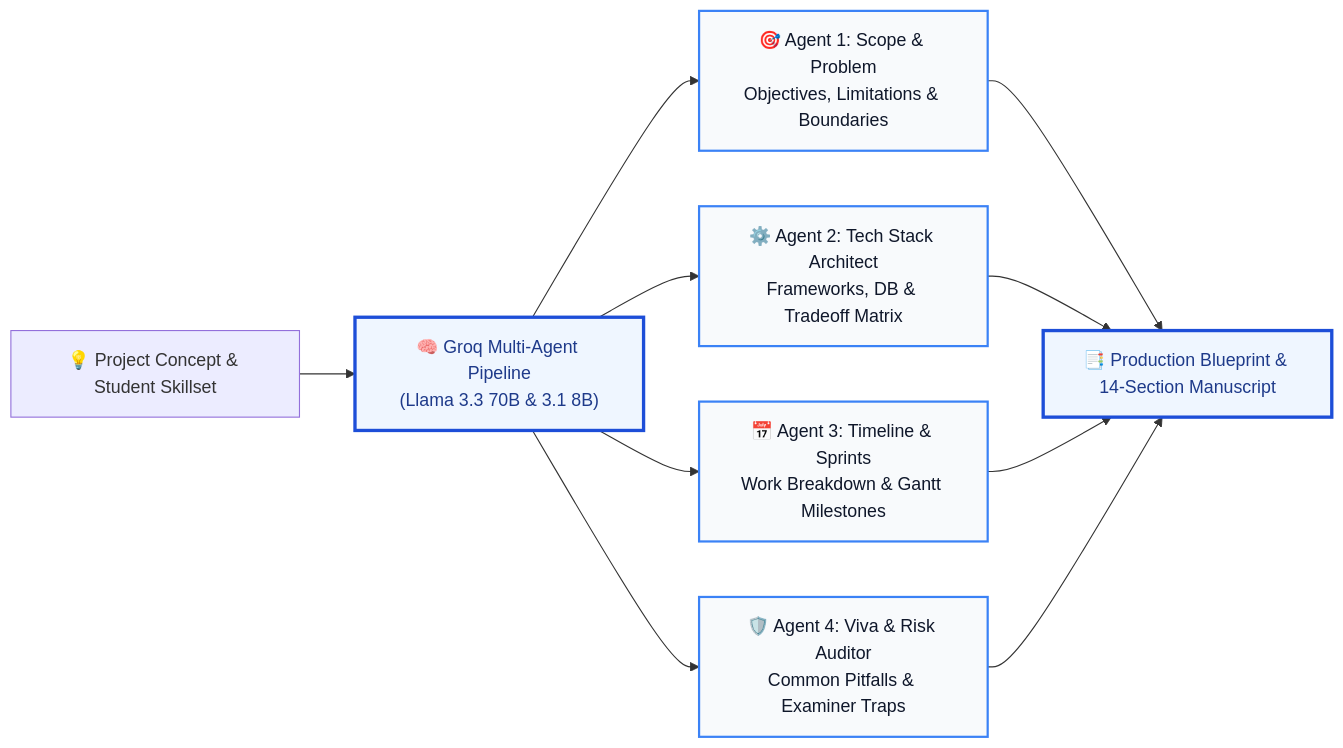
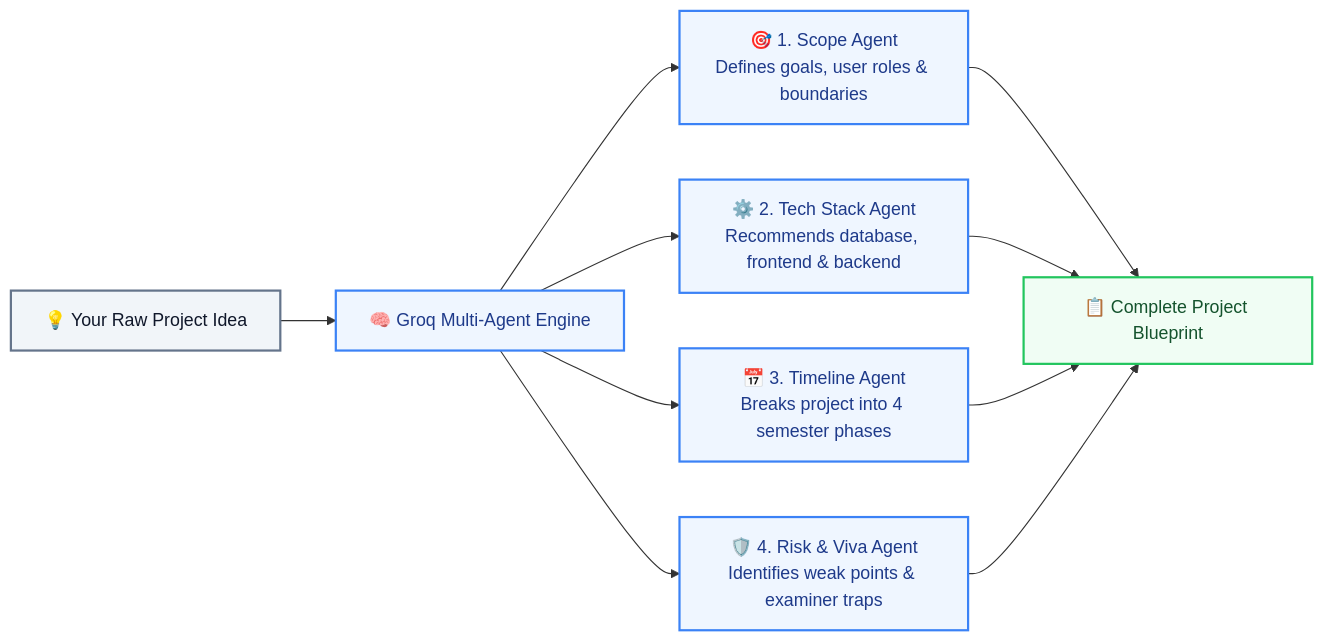
The second of 2 diagrams in README.md (marisa-mmm/AI-Project-Mentor), drawn with Mermaid before and after one commit. The commit also changed other lines of this file, not shown here.

Commit message:
Update project functionality

````diff
--- a/README.md
+++ b/README.md
@@ -83,14 +81,15 @@
 ```mermaid
 flowchart LR
-    classDef agent fill:#f8fafc,stroke:#3b82f6,stroke-width:2px,color:#0f172a;
-    classDef core fill:#eff6ff,stroke:#1d4ed8,stroke-width:3px,color:#1e3a8a;
+    classDef input fill:#f1f5f9,stroke:#64748b,stroke-width:2px,color:#0f172a;
+    classDef agent fill:#eff6ff,stroke:#3b82f6,stroke-width:2px,color:#1e3a8a;
+    classDef out fill:#f0fdf4,stroke:#22c55e,stroke-width:2px,color:#14532d;
 
-    Input["💡 Project Concept & Student Skillset"] --> Core["🧠 Groq Multi-Agent Pipeline<br/>(Llama 3.3 70B & 3.1 8B)"]:::core
+    In["💡 Your Raw Project Idea"]:::input --> Engine["🧠 Groq Multi-Agent Engine"]:::agent
     
-    Core --> Ag1["🎯 Agent 1: Scope & Problem<br/>Objectives, Limitations & Boundaries"]:::agent
-    Core --> Ag2["⚙️ Agent 2: Tech Stack Architect<br/>Frameworks, DB & Tradeoff Matrix"]:::agent
-    Core --> Ag3["📅 Agent 3: Timeline & Sprints<br/>Work Breakdown & Gantt Milestones"]:::agent
-    Core --> Ag4["🛡️ Agent 4: Viva & Risk Auditor<br/>Common Pitfalls & Examiner Traps"]:::agent
+    Engine --> A1["🎯 1. Scope Agent<br/>Defines goals, user roles & boundaries"]:::agent
+    Engine --> A2["⚙️ 2. Tech Stack Agent<br/>Recommends database, frontend & backend"]:::agent
+    Engine --> A3["📅 3. Timeline Agent<br/>Breaks project into 4 semester phases"]:::agent
+    Engine --> A4["🛡️ 4. Risk & Viva Agent<br/>Identifies weak points & examiner traps"]:::agent
 
-    Ag1 & Ag2 & Ag3 & Ag4 --> Output["📑 Production Blueprint & 14-Section Manuscript"]:::core
+    A1 & A2 & A3 & A4 --> Out["📋 Complete Project Blueprint"]:::out
 ```
````
